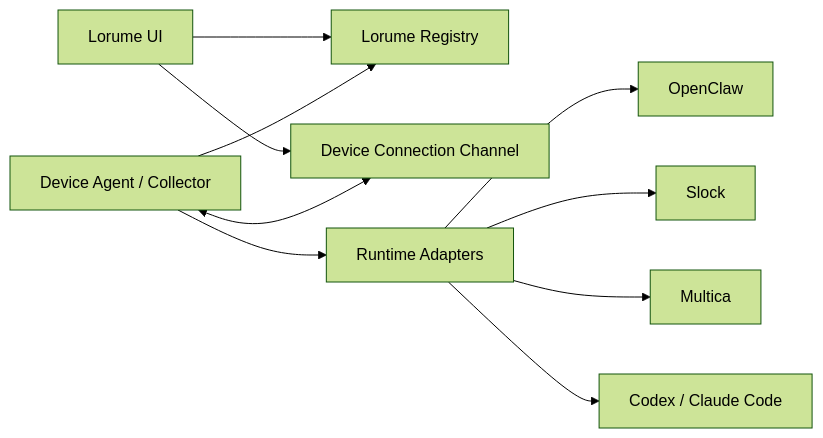
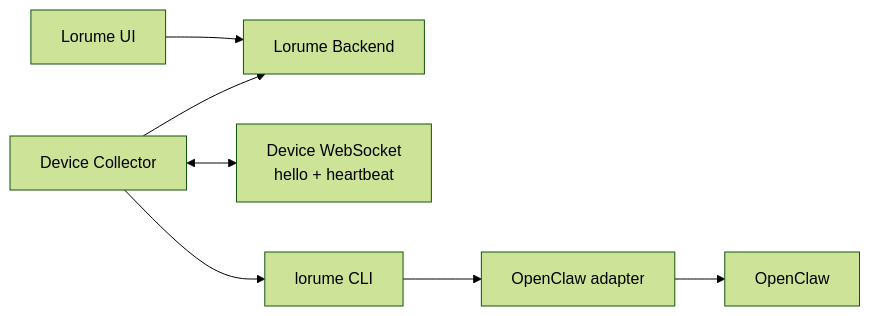
One commit to gezilinll/lorume changed the diagram in docs/product/runtime-device-registration-spec.md. Above: the diagram before and after it, drawn with Mermaid (forest theme). The commit also changed other lines of this file and 4 other files, not shown here.

````diff
--- a/docs/product/runtime-device-registration-spec.md
+++ b/docs/product/runtime-device-registration-spec.md
@@ -31,22 +27,17 @@
 ```mermaid
 flowchart LR
   UI["Lorume UI"]
-  Registry["Lorume Registry"]
-  Control["Device Connection Channel"]
-  Collector["Device Agent / Collector"]
-  Adapters["Runtime Adapters"]
+  Backend["Lorume Backend"]
+  Control["Device WebSocket<br/>hello + heartbeat"]
+  Collector["Device Collector"]
+  CLI["lorume CLI"]
+  OpenClawAdapter["OpenClaw adapter"]
   OpenClaw["OpenClaw"]
-  Slock["Slock"]
-  Multica["Multica"]
-  CLIRuntime["Codex / Claude Code"]
 
-  UI --> Registry
-  UI --> Control
-  Collector --> Registry
+  UI --> Backend
+  Collector --> Backend
   Collector <--> Control
-  Collector --> Adapters
-  Adapters --> OpenClaw
-  Adapters --> Slock
-  Adapters --> Multica
-  Adapters --> CLIRuntime
+  Collector --> CLI
+  CLI --> OpenClawAdapter
+  OpenClawAdapter --> OpenClaw
 ```
````
